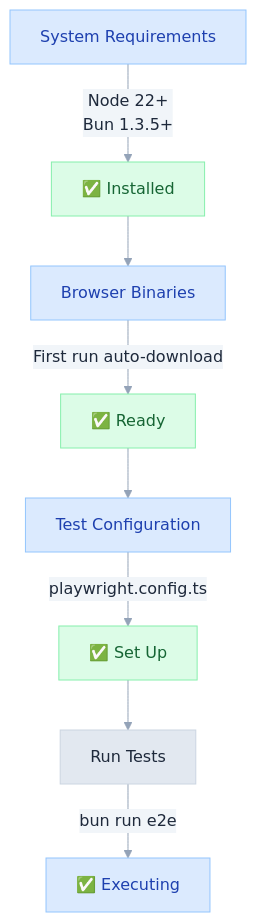
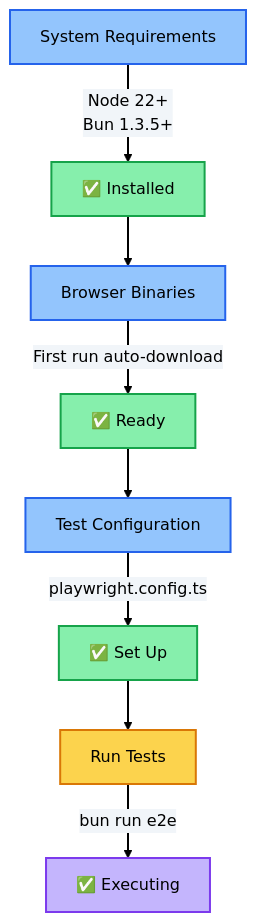
One commit to 3DHDSoft/devmultiplier-academy changed the diagram in doc/playwright_setup.md. Above: the diagram before and after it, drawn with Mermaid. The commit also changed 17 other files, not shown here.

````diff
--- a/doc/playwright_setup.md
+++ b/doc/playwright_setup.md
@@ -5,28 +5,33 @@
 ```mermaid
 %%{init: {'theme': 'base', 'themeVariables': {
-  'primaryColor': '#e2e8f0',
-  'primaryTextColor': '#1e293b',
-  'primaryBorderColor': '#cbd5e1',
-  'lineColor': '#94a3b8',
-  'secondaryColor': '#f1f5f9',
-  'tertiaryColor': '#f8fafc',
+  'primaryColor': '#93c5fd',
+  'primaryTextColor': '#000000',
+  'primaryBorderColor': '#2563eb',
+  'lineColor': '#000000',
+  'secondaryColor': '#86efac',
+  'tertiaryColor': '#67e8f9',
   'background': '#ffffff',
-  'textColor': '#334155',
+  'textColor': '#000000',
+  'edgeLabelBackground': '#f1f5f9',
   'fontFamily': 'system-ui, -apple-system, sans-serif'
-}}}%%graph TB
+}}}%%
+graph TB
     A["System Requirements"] -->|Node 22+<br/>Bun 1.3.5+| B["✅ Installed"]
     B --> C["Browser Binaries"]
     C -->|First run auto-download| D["✅ Ready"]
     D --> E["Test Configuration"]
     E -->|playwright.config.ts| F["✅ Set Up"]
     F --> G["Run Tests"]
     G -->|bun run e2e| H["✅ Executing"]
 
-    style A fill:#dbeafe,stroke:#93c5fd,color:#1e40af
-    style B fill:#dcfce7,stroke:#86efac,color:#166534
-    style C fill:#dbeafe,stroke:#93c5fd,color:#1e40af
-    style D fill:#dcfce7,stroke:#86efac,color:#166534
-    style E fill:#dbeafe,stroke:#93c5fd,color:#1e40af
-    style F fill:#dcfce7,stroke:#86efac,color:#166534
-    style H fill:#dbeafe,stroke:#93c5fd,color:#1e40af
+    style A fill:#93c5fd,stroke:#2563eb,color:#000000,stroke-width:2px
+    style B fill:#86efac,stroke:#16a34a,color:#000000,stroke-width:2px
+    style C fill:#93c5fd,stroke:#2563eb,color:#000000,stroke-width:2px
+    style D fill:#86efac,stroke:#16a34a,color:#000000,stroke-width:2px
+    style E fill:#93c5fd,stroke:#2563eb,color:#000000,stroke-width:2px
+    style F fill:#86efac,stroke:#16a34a,color:#000000,stroke-width:2px
+    style G fill:#fcd34d,stroke:#d97706,color:#000000,stroke-width:2px
+    style H fill:#c4b5fd,stroke:#7c3aed,color:#000000,stroke-width:2px
+
+    linkStyle default stroke:#000000,stroke-width:2px
 ```
````
